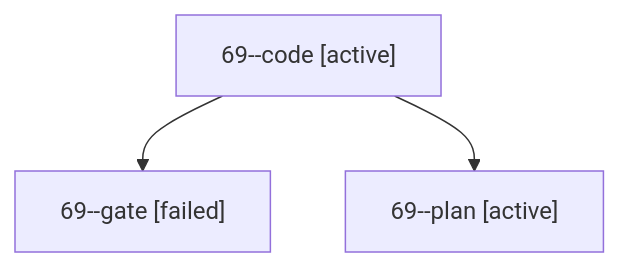
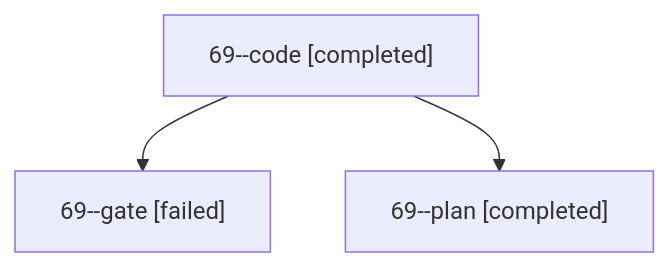
One commit to sase-org/sase--agents changed the diagram in sessions/bbugyi200.apollo.69.md. Above: the diagram before and after it, drawn with Mermaid. The commit also changed other lines of this file and 32 other files, not shown here.

````diff
--- a/sessions/bbugyi200.apollo.69.md
+++ b/sessions/bbugyi200.apollo.69.md
@@ -9,8 +9,8 @@
 ```mermaid
 flowchart TD
-  n0["69--code [active]"]
+  n0["69--code [completed]"]
   n1["69--gate [failed]"]
   n0 --> n1
-  n2["69--plan [active]"]
+  n2["69--plan [completed]"]
   n0 --> n2
 ```
````
